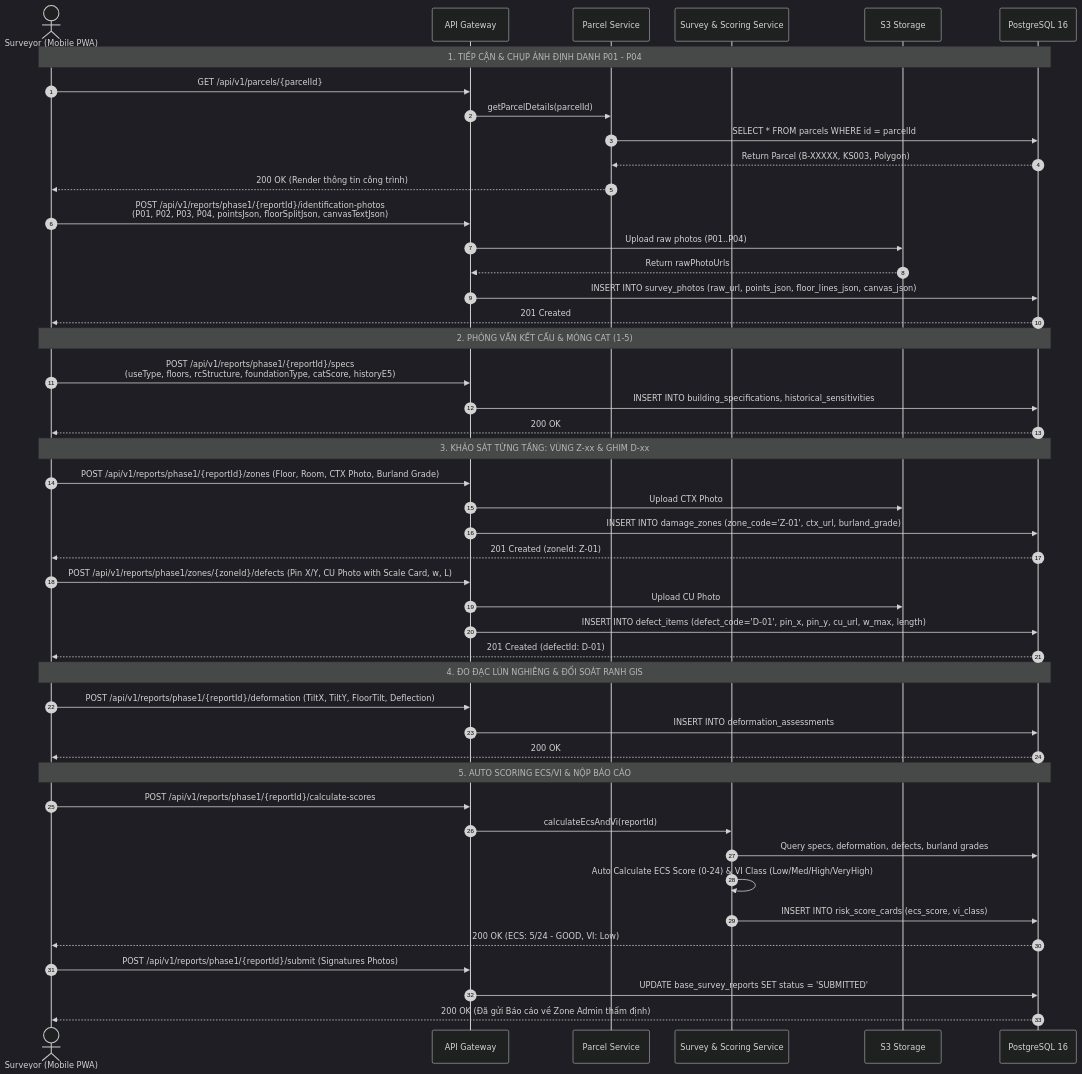
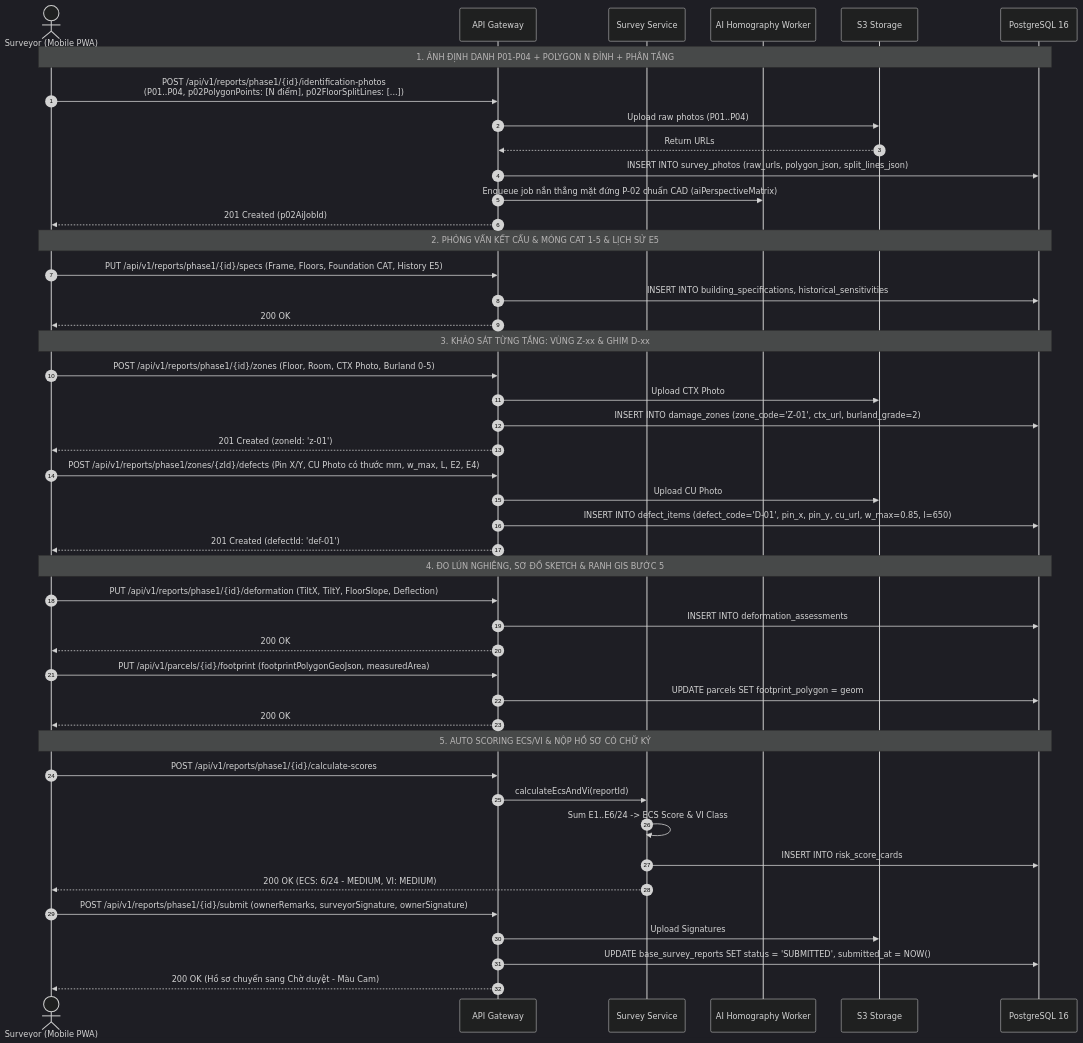
One commit to Vqd2k6/BCR-System changed the third of 8 diagrams in srs/notchange/SEQUENCE_DIAGRAMS.md. Above: the diagram before and after it, drawn with Mermaid (dark theme). The commit also changed other lines of this file and 5 other files, not shown here.

Commit message:
docs(srs): map and synchronize 100% of Class Diagram, Use Cases, Sequence Diagrams, Activity Diagrams, and Survey Forms with API Specification

````diff
--- a/srs/notchange/SEQUENCE_DIAGRAMS.md
+++ b/srs/notchange/SEQUENCE_DIAGRAMS.md
@@ -47,56 +96,55 @@
 ```mermaid
 sequenceDiagram
     autonumber
     actor S as Surveyor (Mobile PWA)
     participant GW as API Gateway
-    participant PS as Parcel Service
-    participant SS as Survey & Scoring Service
+    participant SS as Survey Service
+    participant AI as AI Homography Worker
     participant FS as S3 Storage
     participant DB as PostgreSQL 16
 
-    Note over S,DB: 1. TIẾP CẬN & CHỤP ẢNH ĐỊNH DANH P01 - P04
-    S->>GW: GET /api/v1/parcels/{parcelId}
-    GW->>PS: getParcelDetails(parcelId)
-    PS->>DB: SELECT * FROM parcels WHERE id = parcelId
-    DB-->>PS: Return Parcel (B-XXXXX, KS003, Polygon)
-    PS-->>S: 200 OK (Render thông tin công trình)
+    Note over S,DB: 1. ẢNH ĐỊNH DANH P01-P04 + POLYGON N ĐỈNH + PHÂN TẦNG
+    S->>GW: POST /api/v1/reports/phase1/{id}/identification-photos<br>(P01..P04, p02PolygonPoints: [N điểm], p02FloorSplitLines: [...])
+    GW->>FS: Upload raw photos (P01..P04)
+    FS-->>GW: Return URLs
+    GW->>DB: INSERT INTO survey_photos (raw_urls, polygon_json, split_lines_json)
+    GW->>AI: Enqueue job nắn thẳng mặt đứng P-02 chuẩn CAD (aiPerspectiveMatrix)
+    GW-->>S: 201 Created (p02AiJobId)
 
-    S->>GW: POST /api/v1/reports/phase1/{reportId}/identification-photos<br>(P01, P02, P03, P04, pointsJson, floorSplitJson, canvasTextJson)
-    GW->>FS: Upload raw photos (P01..P04)
-    FS-->>GW: Return rawPhotoUrls
-    GW->>DB: INSERT INTO survey_photos (raw_url, points_json, floor_lines_json, canvas_json)
-    DB-->>S: 201 Created
-
-    Note over S,DB: 2. PHỎNG VẤN KẾT CẤU & MÓNG CAT (1-5)
-    S->>GW: POST /api/v1/reports/phase1/{reportId}/specs<br>(useType, floors, rcStructure, foundationType, catScore, historyE5)
+    Note over S,DB: 2. PHỎNG VẤN KẾT CẤU & MÓNG CAT 1-5 & LỊCH SỬ E5
+    S->>GW: PUT /api/v1/reports/phase1/{id}/specs (Frame, Floors, Foundation CAT, History E5)
     GW->>DB: INSERT INTO building_specifications, historical_sensitivities
-    DB-->>S: 200 OK
+    GW-->>S: 200 OK
 
     Note over S,DB: 3. KHẢO SÁT TỪNG TẦNG: VÙNG Z-xx & GHIM D-xx
-    S->>GW: POST /api/v1/reports/phase1/{reportId}/zones (Floor, Room, CTX Photo, Burland Grade)
+    S->>GW: POST /api/v1/reports/phase1/{id}/zones (Floor, Room, CTX Photo, Burland 0-5)
     GW->>FS: Upload CTX Photo
-    GW->>DB: INSERT INTO damage_zones (zone_code='Z-01', ctx_url, burland_grade)
-    DB-->>S: 201 Created (zoneId: Z-01)
+    GW->>DB: INSERT INTO damage_zones (zone_code='Z-01', ctx_url, burland_grade=2)
+    GW-->>S: 201 Created (zoneId: 'z-01')
 
-    S->>GW: POST /api/v1/reports/phase1/zones/{zoneId}/defects (Pin X/Y, CU Photo with Scale Card, w, L)
+    S->>GW: POST /api/v1/reports/phase1/zones/{zId}/defects (Pin X/Y, CU Photo có thước mm, w_max, L, E2, E4)
     GW->>FS: Upload CU Photo
-    GW->>DB: INSERT INTO defect_items (defect_code='D-01', pin_x, pin_y, cu_url, w_max, length)
-    DB-->>S: 201 Created (defectId: D-01)
+    GW->>DB: INSERT INTO defect_items (defect_code='D-01', pin_x, pin_y, cu_url, w_max=0.85, l=650)
+    GW-->>S: 201 Created (defectId: 'def-01')
 
-    Note over S,DB: 4. ĐO ĐẠC LÚN NGHIÊNG & ĐỐI SOÁT RANH GIS
-    S->>GW: POST /api/v1/reports/phase1/{reportId}/deformation (TiltX, TiltY, FloorTilt, Deflection)
+    Note over S,DB: 4. ĐO LÚN NGHIÊNG, SƠ ĐỒ SKETCH & RANH GIS BƯỚC 5
+    S->>GW: PUT /api/v1/reports/phase1/{id}/deformation (TiltX, TiltY, FloorSlope, Deflection)
     GW->>DB: INSERT INTO deformation_assessments
-    DB-->>S: 200 OK
+    GW-->>S: 200 OK
 
-    Note over S,DB: 5. AUTO SCORING ECS/VI & NỘP BÁO CÁO
-    S->>GW: POST /api/v1/reports/phase1/{reportId}/calculate-scores
+    S->>GW: PUT /api/v1/parcels/{id}/footprint (footprintPolygonGeoJson, measuredArea)
+    GW->>DB: UPDATE parcels SET footprint_polygon = geom
+    GW-->>S: 200 OK
+
+    Note over S,DB: 5. AUTO SCORING ECS/VI & NỘP HỒ SƠ CÓ CHỮ KÝ
+    S->>GW: POST /api/v1/reports/phase1/{id}/calculate-scores
     GW->>SS: calculateEcsAndVi(reportId)
-    SS->>DB: Query specs, deformation, defects, burland grades
-    SS->>SS: Auto Calculate ECS Score (0-24) & VI Class (Low/Med/High/VeryHigh)
-    SS->>DB: INSERT INTO risk_score_cards (ecs_score, vi_class)
-    DB-->>S: 200 OK (ECS: 5/24 - GOOD, VI: Low)
+    SS->>SS: Sum E1..E6/24 -> ECS Score & VI Class
+    SS->>DB: INSERT INTO risk_score_cards
+    SS-->>S: 200 OK (ECS: 6/24 - MEDIUM, VI: MEDIUM)
 
-    S->>GW: POST /api/v1/reports/phase1/{reportId}/submit (Signatures Photos)
-    GW->>DB: UPDATE base_survey_reports SET status = 'SUBMITTED'
-    DB-->>S: 200 OK (Đã gửi Báo cáo về Zone Admin thẩm định)
+    S->>GW: POST /api/v1/reports/phase1/{id}/submit (ownerRemarks, surveyorSignature, ownerSignature)
+    GW->>FS: Upload Signatures
+    GW->>DB: UPDATE base_survey_reports SET status = 'SUBMITTED', submitted_at = NOW()
+    GW-->>S: 200 OK (Hồ sơ chuyển sang Chờ duyệt - Màu Cam)
 ```
````
